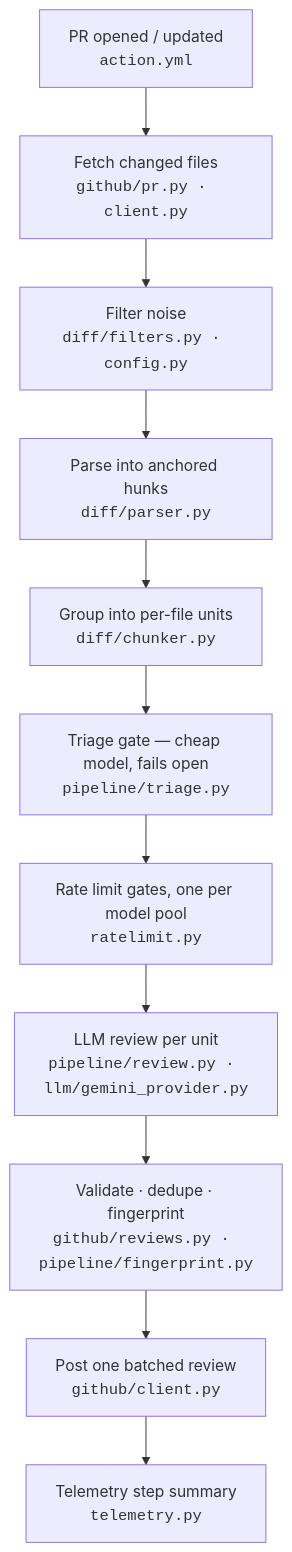
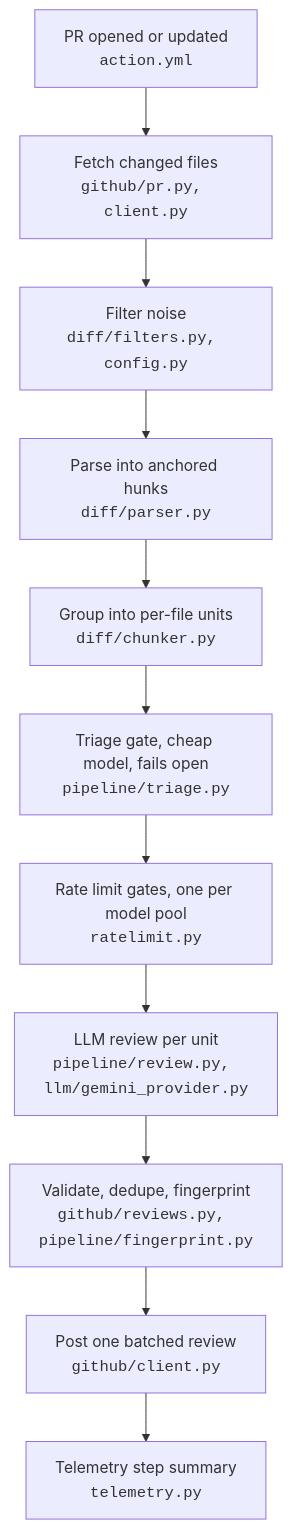
One commit to FazleRas/acrobot changed the diagram in README.md. Above: the diagram before and after it, drawn with Mermaid. The commit also changed other lines of this file, not shown here.

````diff
--- a/README.md
+++ b/README.md
@@ -23,13 +21,13 @@
 ```mermaid
 flowchart TD
-    A["PR opened / updated<br/><code>action.yml</code>"] --> B["Fetch changed files<br/><code>github/pr.py · client.py</code>"]
-    B --> C["Filter noise<br/><code>diff/filters.py · config.py</code>"]
+    A["PR opened or updated<br/><code>action.yml</code>"] --> B["Fetch changed files<br/><code>github/pr.py, client.py</code>"]
+    B --> C["Filter noise<br/><code>diff/filters.py, config.py</code>"]
     C --> D["Parse into anchored hunks<br/><code>diff/parser.py</code>"]
     D --> D2["Group into per-file units<br/><code>diff/chunker.py</code>"]
-    D2 --> D3["Triage gate — cheap model, fails open<br/><code>pipeline/triage.py</code>"]
+    D2 --> D3["Triage gate, cheap model, fails open<br/><code>pipeline/triage.py</code>"]
     D3 --> E["Rate limit gates, one per model pool<br/><code>ratelimit.py</code>"]
-    E --> F["LLM review per unit<br/><code>pipeline/review.py · llm/gemini_provider.py</code>"]
-    F --> G["Validate · dedupe · fingerprint<br/><code>github/reviews.py · pipeline/fingerprint.py</code>"]
+    E --> F["LLM review per unit<br/><code>pipeline/review.py, llm/gemini_provider.py</code>"]
+    F --> G["Validate, dedupe, fingerprint<br/><code>github/reviews.py, pipeline/fingerprint.py</code>"]
     G --> H["Post one batched review<br/><code>github/client.py</code>"]
     H --> I["Telemetry step summary<br/><code>telemetry.py</code>"]
 ```
````
